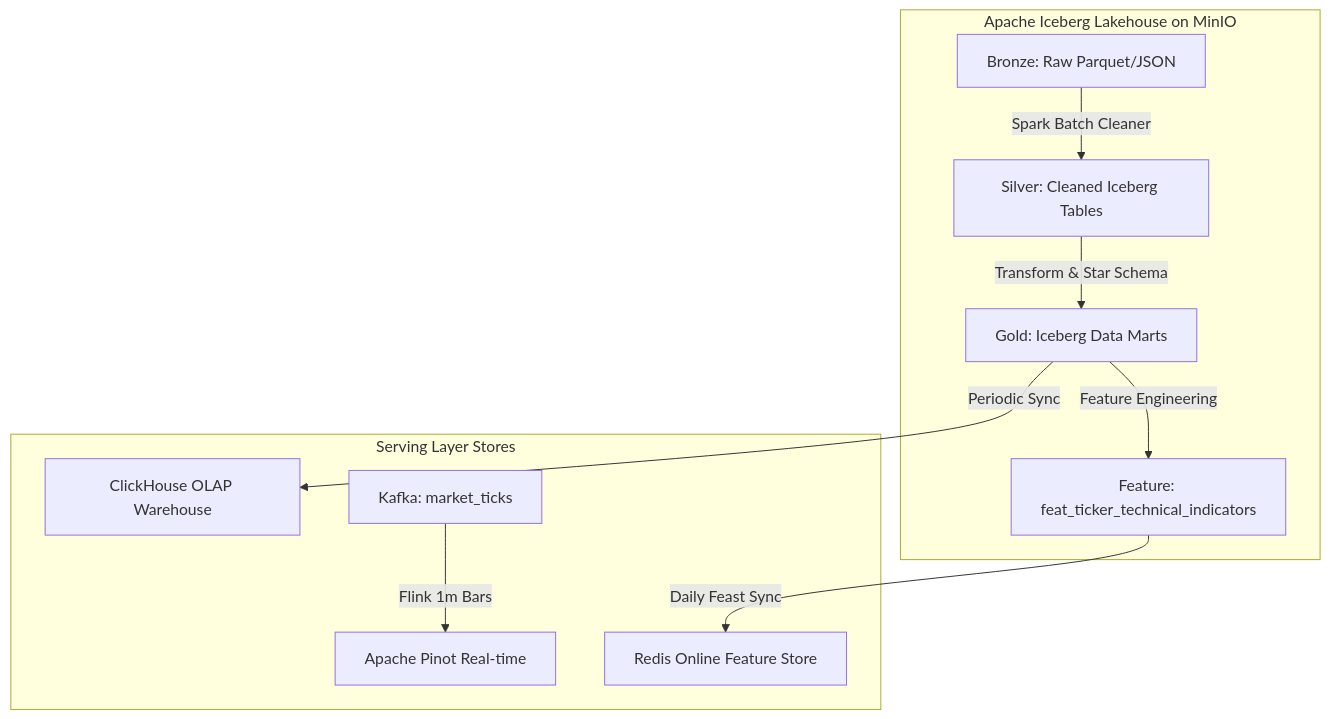
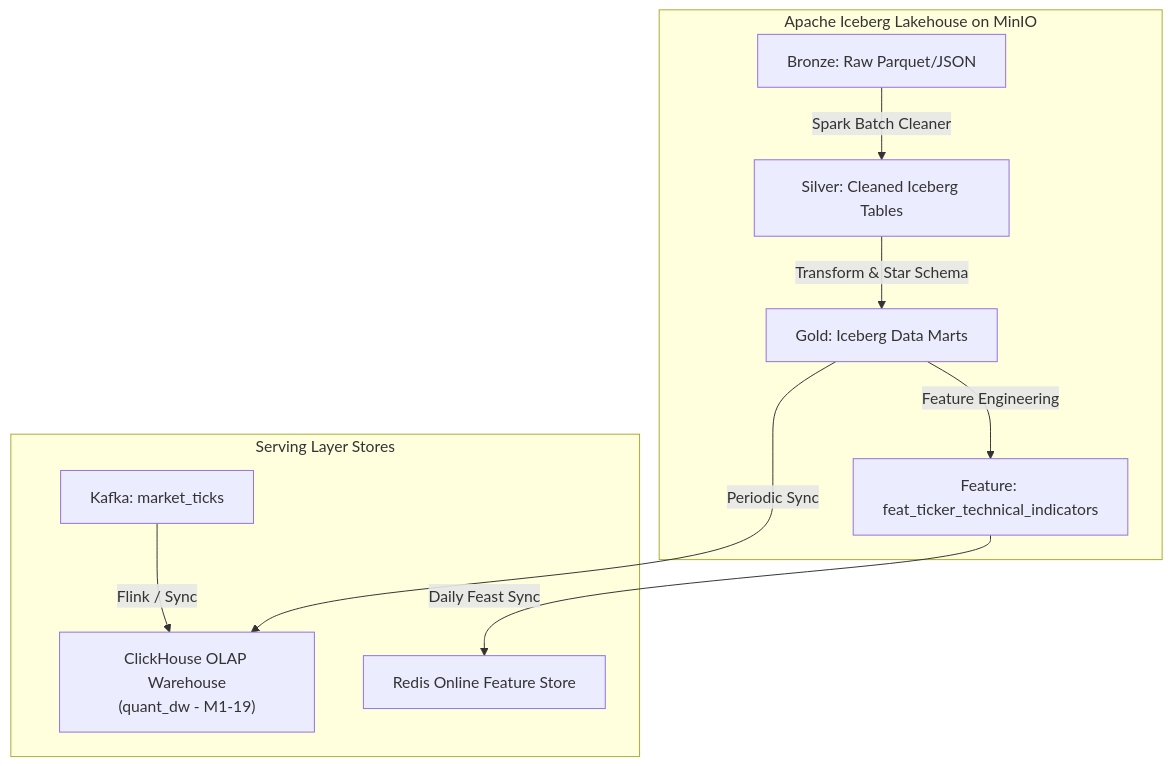
One commit to LongDeutsch/edai_quant_k11 changed the first of 2 diagrams in docs/STORAGE_AND_LAKEHOUSE.md. Above: the diagram before and after it, drawn with Mermaid. The commit also changed other lines of this file and 159 other files, not shown here.

````diff
--- a/docs/STORAGE_AND_LAKEHOUSE.md
+++ b/docs/STORAGE_AND_LAKEHOUSE.md
@@ -10,14 +10,14 @@
 ```mermaid
 flowchart TD
     subgraph Lakehouse["Apache Iceberg Lakehouse on MinIO"]
         BronzeFiles["Bronze: Raw Parquet/JSON"] -->|"Spark Batch Cleaner"| SilverIceberg["Silver: Cleaned Iceberg Tables"]
         SilverIceberg -->|"Transform & Star Schema"| GoldIceberg["Gold: Iceberg Data Marts"]
         GoldIceberg -->|"Feature Engineering"| FeatIceberg["Feature: feat_ticker_technical_indicators"]
     end
 
     subgraph AnalyticalStores["Serving Layer Stores"]
-        GoldIceberg -->|"Periodic Sync"| ClickHouse["ClickHouse OLAP Warehouse"]
-        KafkaTicks["Kafka: market_ticks"] -->|"Flink 1m Bars"| Pinot["Apache Pinot Real-time"]
+        GoldIceberg -->|"Periodic Sync"| ClickHouse["ClickHouse OLAP Warehouse<br>(quant_dw - M1-19)"]
+        KafkaTicks["Kafka: market_ticks"] -->|"Flink / Sync"| ClickHouse
         FeatIceberg -->|"Daily Feast Sync"| Redis["Redis Online Feature Store"]
     end
 ```
````
